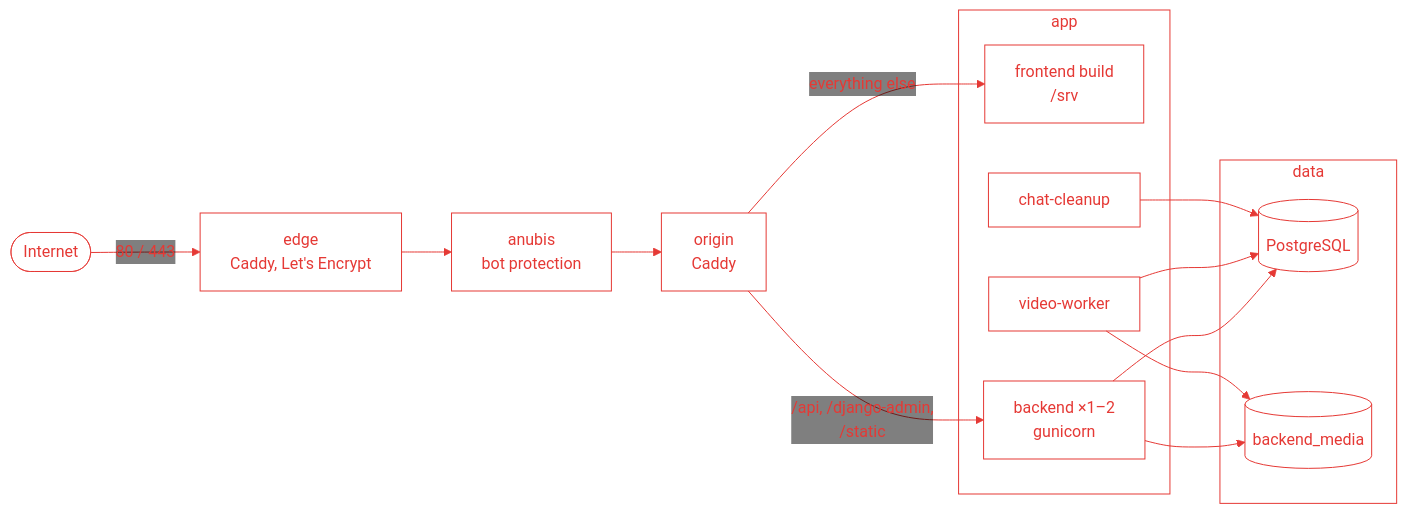
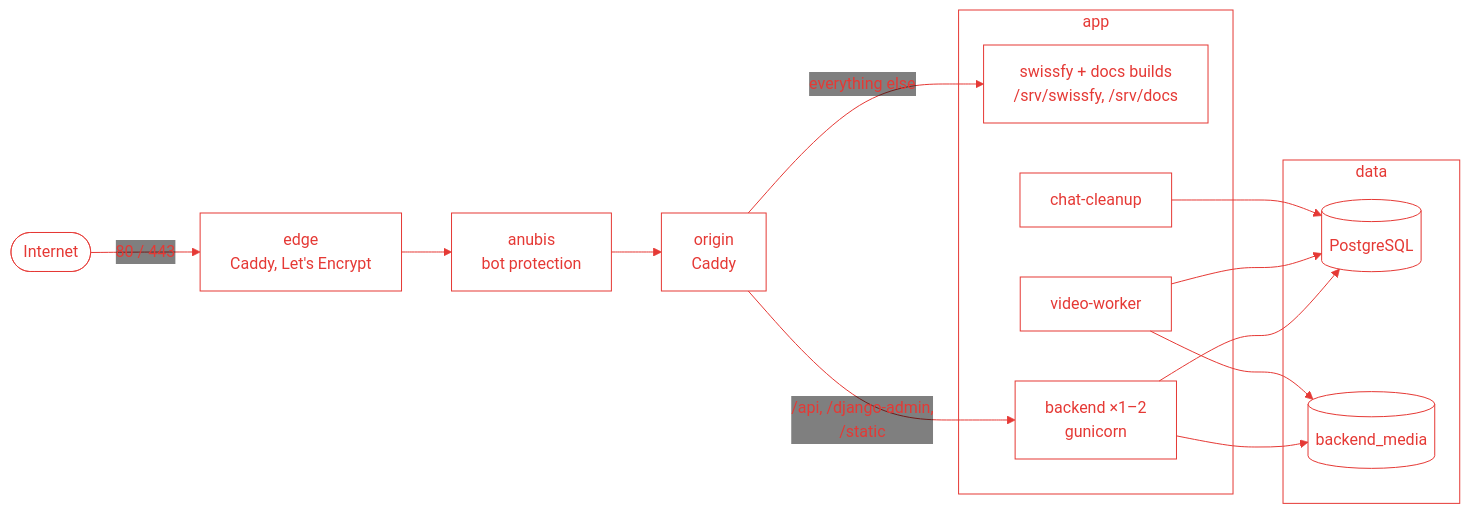
The tenth of 11 diagrams in README.md (buechijonas/swissfy), drawn with Mermaid before and after one commit. The commit also changed other lines of this file and 10 other files, not shown here.

First line of the commit message:
build: serve docs next to swissfy

````diff
--- a/README.md
+++ b/README.md
@@ -326,25 +329,25 @@
 ```mermaid
 %%{init: {'theme': 'base', 'themeCSS': '.labelBkg, .edgeLabel, .edgeLabel p, .edgeLabel rect { background-color: transparent !important; fill: transparent !important; }', 'themeVariables': {'darkMode': false, 'background': 'transparent', 'primaryColor': 'transparent', 'secondaryColor': 'transparent', 'tertiaryColor': 'transparent', 'mainBkg': 'transparent', 'clusterBkg': 'transparent', 'actorBkg': 'transparent', 'noteBkgColor': 'transparent', 'labelBoxBkgColor': 'transparent', 'edgeLabelBackground': 'transparent', 'relationLabelBackground': 'transparent', 'attributeBackgroundColorOdd': 'transparent', 'attributeBackgroundColorEven': 'transparent', 'primaryBorderColor': '#e53935', 'secondaryBorderColor': '#e53935', 'tertiaryBorderColor': '#e53935', 'nodeBorder': '#e53935', 'clusterBorder': '#e53935', 'lineColor': '#e53935', 'signalColor': '#e53935', 'actorBorder': '#e53935', 'actorLineColor': '#e53935', 'labelBoxBorderColor': '#e53935', 'noteBorderColor': '#e53935', 'activationBorderColor': '#e53935', 'transitionColor': '#e53935', 'stateBorder': '#e53935', 'relationColor': '#e53935', 'textColor': '#e53935', 'primaryTextColor': '#e53935', 'secondaryTextColor': '#e53935', 'tertiaryTextColor': '#e53935', 'nodeTextColor': '#e53935', 'titleColor': '#e53935', 'signalTextColor': '#e53935', 'loopTextColor': '#e53935', 'labelTextColor': '#e53935', 'noteTextColor': '#e53935', 'actorTextColor': '#e53935', 'relationLabelColor': '#e53935', 'stateLabelColor': '#e53935', 'transitionLabelColor': '#e53935', 'sequenceNumberColor': '#ffffff'}}}%%
 flowchart LR
     linkStyle default stroke:#e53935
     internet(["Internet"]) -- "80 / 443" --> edge["edge<br/>Caddy, Let's Encrypt"]
     edge --> anubis["anubis<br/>bot protection"]
     anubis --> origin["origin<br/>Caddy"]
 
     subgraph app["app"]
-        spa["frontend build<br/>/srv"]
+        spa["swissfy + docs builds<br/>/srv/swissfy, /srv/docs"]
         backend["backend ×1–2<br/>gunicorn"]
         worker["video-worker"]
         cleanup["chat-cleanup"]
     end
 
     subgraph data["data"]
         db[("PostgreSQL")]
         media[("backend_media")]
     end
 
     origin -- "everything else" --> spa
     origin -- "/api, /django-admin,<br/>/static" --> backend
     backend & worker & cleanup --> db
     backend & worker --> media
 ```
````
